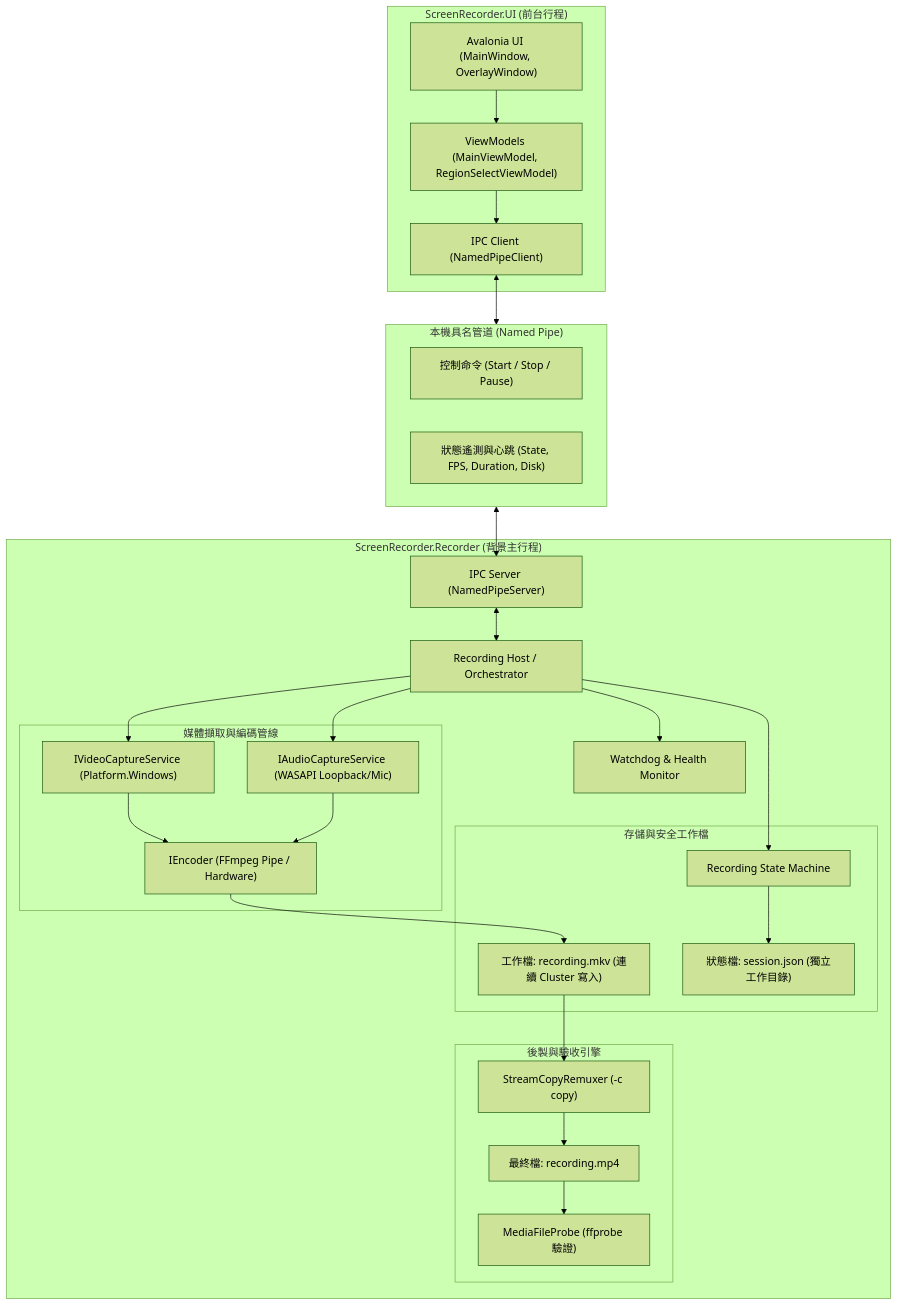
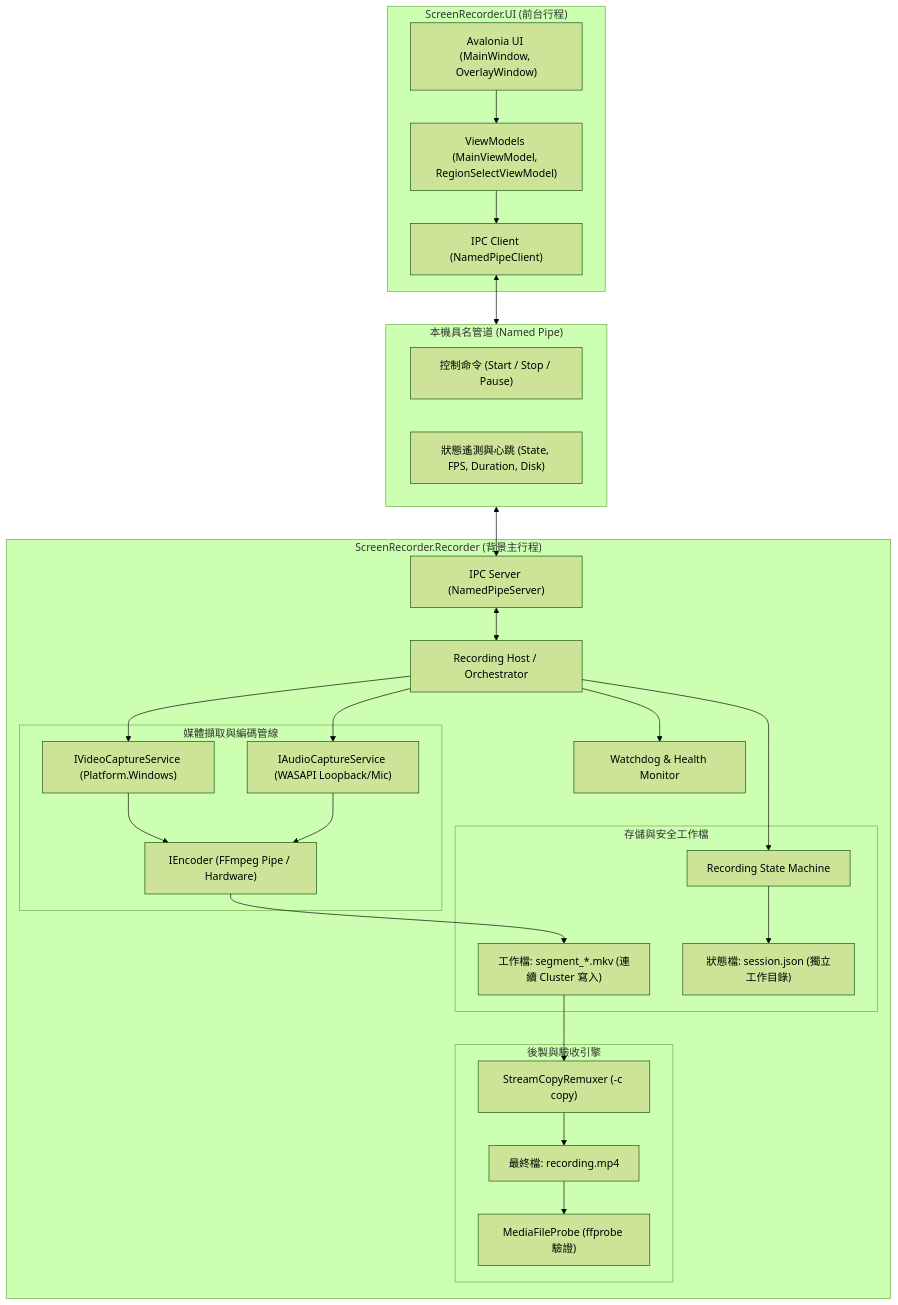
Before and after one commit to kaoshou/OpenCam: the first of 2 diagrams in ARCHITECTURE.md, drawn with Mermaid (forest theme). The commit also changed other lines of this file and 9 other files, not shown here.

````diff
--- a/ARCHITECTURE.md
+++ b/ARCHITECTURE.md
@@ -11,55 +11,55 @@
 ```mermaid
 graph TD
     subgraph UI_Process ["ScreenRecorder.UI (前台行程)"]
         UI_View["Avalonia UI (MainWindow, OverlayWindow)"]
         UI_VM["ViewModels (MainViewModel, RegionSelectViewModel)"]
         UI_IPC["IPC Client (NamedPipeClient)"]
         UI_View --> UI_VM
         UI_VM --> UI_IPC
     end
 
     subgraph IPC_Channel ["本機具名管道 (Named Pipe)"]
         PipeCmd["控制命令 (Start / Stop / Pause)"]
         PipeState["狀態遙測與心跳 (State, FPS, Duration, Disk)"]
     end
 
     subgraph Recorder_Process ["ScreenRecorder.Recorder (背景主行程)"]
         Rec_IPC["IPC Server (NamedPipeServer)"]
         Rec_Host["Recording Host / Orchestrator"]
         SM["Recording State Machine"]
         HM["Watchdog & Health Monitor"]
         Rec_IPC <--> Rec_Host
         Rec_Host --> SM
         Rec_Host --> HM
         
         subgraph Media_Pipeline ["媒體擷取與編碼管線"]
             CapSvc["IVideoCaptureService (Platform.Windows)"]
             AudSvc["IAudioCaptureService (WASAPI Loopback/Mic)"]
             Enc["IEncoder (FFmpeg Pipe / Hardware)"]
             CapSvc --> Enc
             AudSvc --> Enc
         end
         
         Rec_Host --> CapSvc
         Rec_Host --> AudSvc
         
         subgraph Storage_IO ["存儲與安全工作檔"]
-            MKV["工作檔: recording.mkv (連續 Cluster 寫入)"]
+            MKV["工作檔: segment_*.mkv (連續 Cluster 寫入)"]
             Sess["狀態檔: session.json (獨立工作目錄)"]
             Enc --> MKV
             SM --> Sess
         end
         
         subgraph Finalize_Engine ["後製與驗收引擎"]
             Remux["StreamCopyRemuxer (-c copy)"]
             Probe["MediaFileProbe (ffprobe 驗證)"]
             MP4["最終檔: recording.mp4"]
             MKV --> Remux
             Remux --> MP4
             MP4 --> Probe
         end
     end
 
     UI_IPC <--> IPC_Channel
     IPC_Channel <--> Rec_IPC
 ```
````
